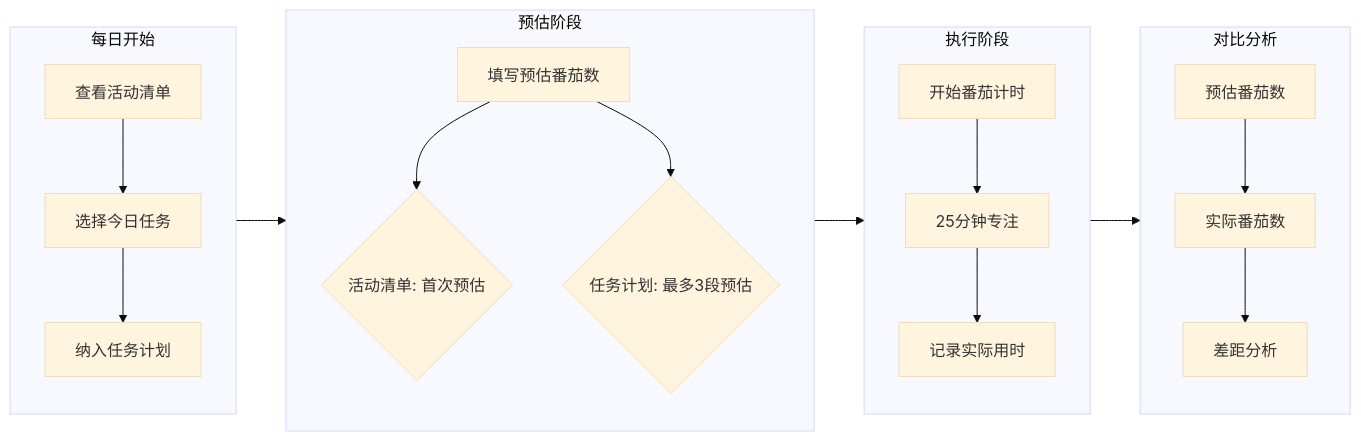
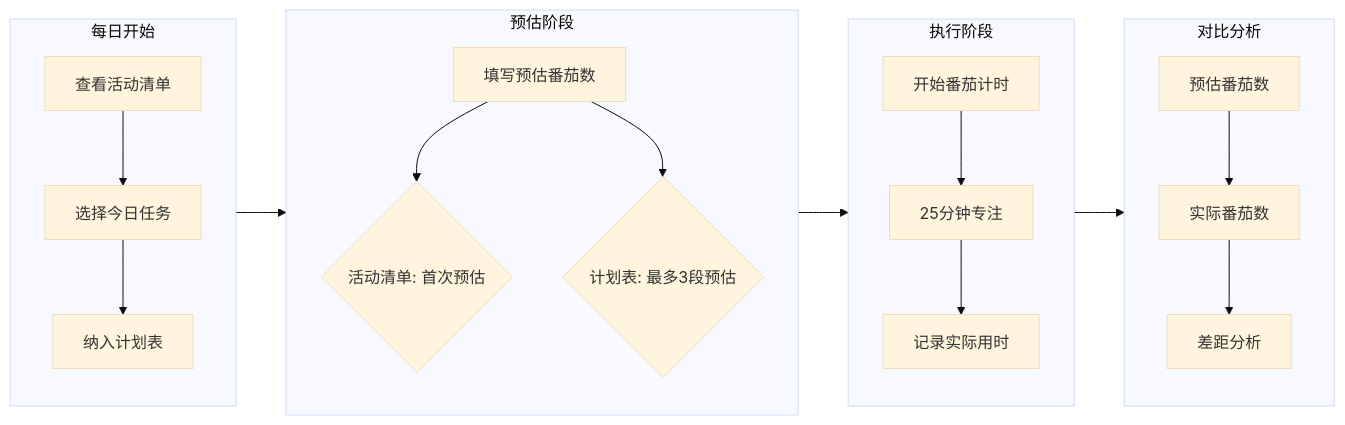
Before and after one commit to Xeonilian/pomotention: the diagram in docs/guide/pomodoro-technique/01-track-time.md, drawn with Mermaid (base theme). The commit also changed other lines of this file and 63 other files, not shown here.

````diff
--- a/docs/guide/pomodoro-technique/01-track-time.md
+++ b/docs/guide/pomodoro-technique/01-track-time.md
@@ -52,24 +52,24 @@
 ```mermaid
 flowchart LR
     subgraph 准备[每日开始]
         A[查看活动清单] --> B[选择今日任务]
-        B --> C[纳入任务计划]
+        B --> C[纳入计划表]
     end
 
     subgraph 预估[预估阶段]
         D[填写预估番茄数] --> E{活动清单: 首次预估}
-        D --> F{任务计划: 最多3段预估}
+        D --> F{计划表: 最多3段预估}
     end
 
     subgraph 执行[执行阶段]
         G[开始番茄计时] --> H[25分钟专注]
         H --> I[记录实际用时]
     end
 
     subgraph 对比[对比分析]
         J[预估番茄数] --> K[实际番茄数]
         K --> L[差距分析]
     end
 
     准备 --> 预估 --> 执行 --> 对比
 ```
````
